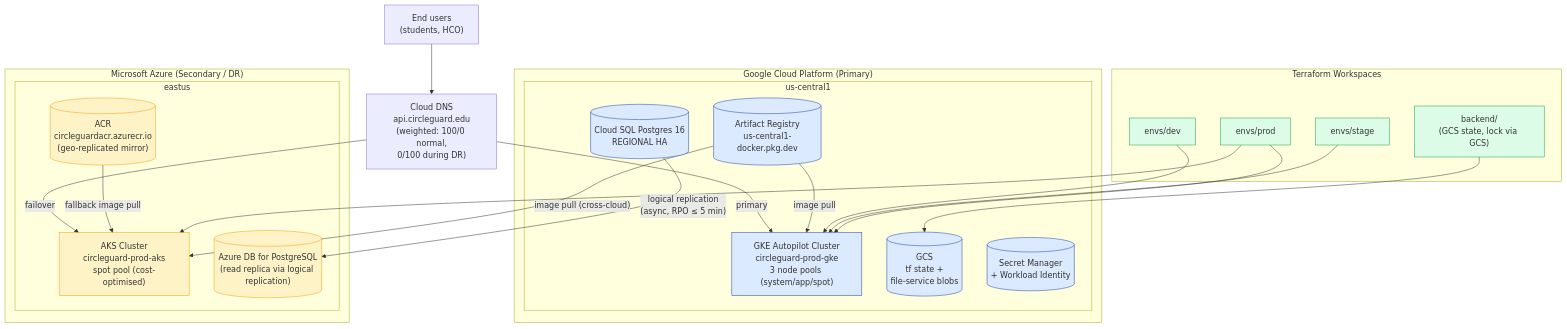
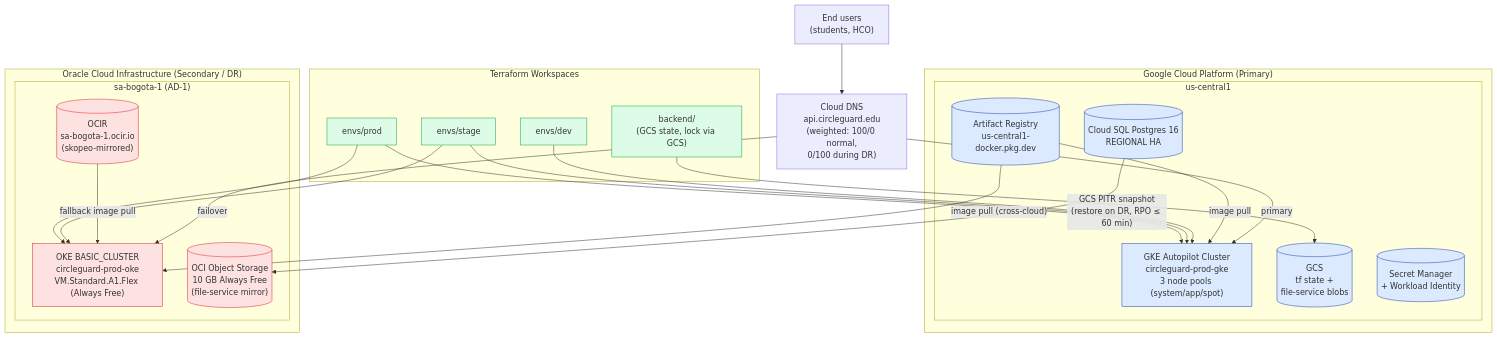
One commit to espinosacodes/circle-guard-public changed the fifth of 7 diagrams in docs/ARCHITECTURE.md. Above: the diagram before and after it, drawn with Mermaid. The commit also changed other lines of this file and 19 other files, not shown here.

First line of the commit message:
feat(oci+docs): OCI multi-cloud scaffold + Marp presentation deck

````diff
--- a/docs/ARCHITECTURE.md
+++ b/docs/ARCHITECTURE.md
@@ -308,53 +321,54 @@
 ```mermaid
 flowchart TB
     subgraph GCP["Google Cloud Platform (Primary)"]
         subgraph GCPUSC["us-central1"]
             GKE["GKE Autopilot Cluster<br/>circleguard-prod-gke<br/>3 node pools (system/app/spot)"]
             CSQL[("Cloud SQL Postgres 16<br/>REGIONAL HA")]
             AR[("Artifact Registry<br/>us-central1-docker.pkg.dev")]
             GCS[("GCS<br/>tf state +<br/>file-service blobs")]
             SM[("Secret Manager<br/>+ Workload Identity")]
         end
     end
 
-    subgraph AZ["Microsoft Azure (Secondary / DR)"]
-        subgraph AZEUS["eastus"]
-            AKS["AKS Cluster<br/>circleguard-prod-aks<br/>spot pool (cost-optimised)"]
-            ACR[("ACR<br/>circleguardacr.azurecr.io<br/>(geo-replicated mirror)")]
-            AZSQL[("Azure DB for PostgreSQL<br/>(read replica via logical replication)")]
+    subgraph OCI["Oracle Cloud Infrastructure (Secondary / DR)"]
+        subgraph OCISA["sa-bogota-1 (AD-1)"]
+            OKE["OKE BASIC_CLUSTER<br/>circleguard-prod-oke<br/>VM.Standard.A1.Flex (Always Free)"]
+            OCIR[("OCIR<br/>sa-bogota-1.ocir.io<br/>(skopeo-mirrored)")]
+            OBJ[("OCI Object Storage<br/>10 GB Always Free<br/>(file-service mirror)")]
         end
     end
 
     subgraph TF["Terraform Workspaces"]
         TFD["envs/dev"]
         TFS["envs/stage"]
         TFP["envs/prod"]
         TFBK["backend/<br/>(GCS state, lock via GCS)"]
     end
 
     USERS["End users<br/>(students, HCO)"]
     DNS["Cloud DNS<br/>api.circleguard.edu<br/>(weighted: 100/0 normal,<br/>0/100 during DR)"]
 
     USERS --> DNS
     DNS -- "primary" --> GKE
-    DNS -- "failover" --> AKS
+    DNS -- "failover" --> OKE
 
     AR -- "image pull" --> GKE
-    AR -- "image pull (cross-cloud)" --> AKS
-    ACR -- "fallback image pull" --> AKS
+    AR -- "image pull (cross-cloud)" --> OKE
+    OCIR -- "fallback image pull" --> OKE
 
-    CSQL -- "logical replication<br/>(async, RPO ≤ 5 min)" --> AZSQL
+    CSQL -- "GCS PITR snapshot<br/>(restore on DR, RPO ≤ 60 min)" --> OBJ
 
     TFD --> GKE
     TFS --> GKE
+    TFS --> OKE
     TFP --> GKE
-    TFP --> AKS
+    TFP --> OKE
     TFBK --> GCS
 
     classDef gcp fill:#dbeafe,stroke:#1e40af
-    classDef az fill:#fef3c7,stroke:#f59e0b
+    classDef oci fill:#fee2e2,stroke:#dc2626
     classDef tf fill:#dcfce7,stroke:#16a34a
     class GKE,CSQL,AR,GCS,SM gcp
-    class AKS,ACR,AZSQL az
+    class OKE,OCIR,OBJ oci
     class TFD,TFS,TFP,TFBK tf
 ```
````
